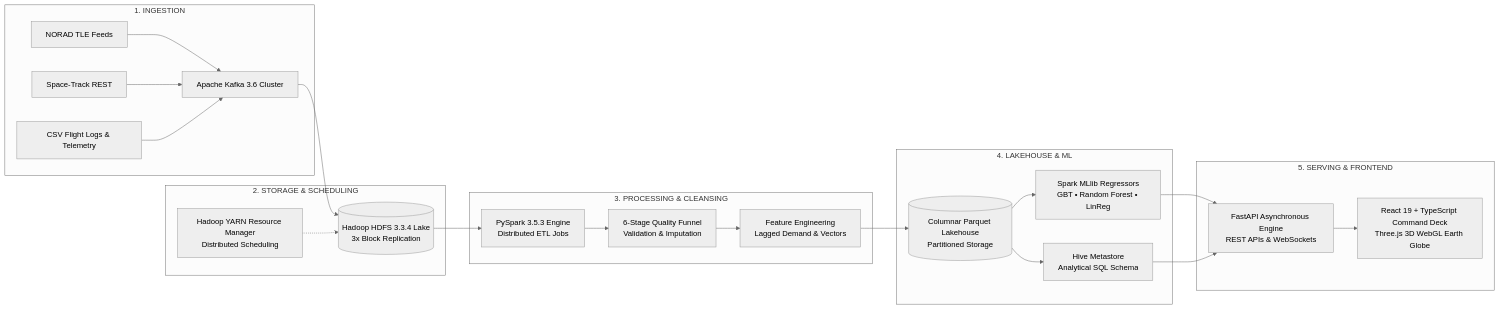
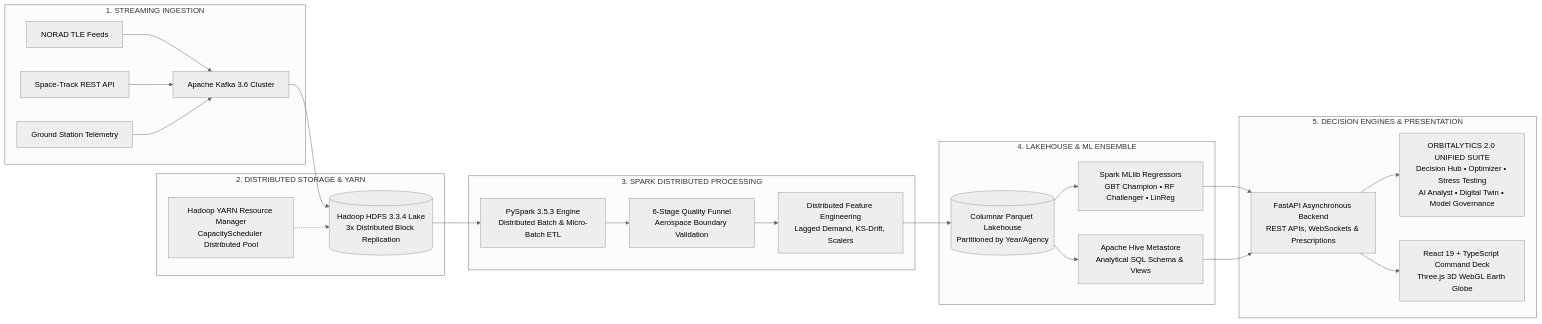
The diagram in README.md (adarshmish9236-ship-it/Space-Research-Data-Analytics-A-Hadoop-Ecosystem-Approach-to-Demand-Forecasting), drawn with Mermaid (neutral theme) before and after one commit. The commit also changed other lines of this file, not shown here.

Commit message:
docs: update comprehensive README with project title, architecture, and 2.0 Unified Suite

````diff
--- a/README.md
+++ b/README.md
@@ -21,31 +27,32 @@
 ```mermaid
 graph LR
-    subgraph S1["1. INGESTION"]
+    subgraph S1["1. STREAMING INGESTION"]
         A1[NORAD TLE Feeds] --> K[Apache Kafka 3.6 Cluster]
-        A2[Space-Track REST] --> K
-        A3[CSV Flight Logs & Telemetry] --> K
+        A2[Space-Track REST API] --> K
+        A3[Ground Station Telemetry] --> K
     end
 
-    subgraph S2["2. STORAGE & SCHEDULING"]
-        K --> HDFS[(Hadoop HDFS 3.3.4 Lake<br/>3x Block Replication)]
-        YARN[Hadoop YARN Resource Manager<br/>Distributed Scheduling] -.-> HDFS
+    subgraph S2["2. DISTRIBUTED STORAGE & YARN"]
+        K --> HDFS[(Hadoop HDFS 3.3.4 Lake<br/>3x Distributed Block Replication)]
+        YARN[Hadoop YARN Resource Manager<br/>CapacityScheduler Distributed Pool] -.-> HDFS
     end
 
-    subgraph S3["3. PROCESSING & CLEANSING"]
-        HDFS --> SPARK[PySpark 3.5.3 Engine<br/>Distributed ETL Jobs]
-        SPARK --> CLEAN[6-Stage Quality Funnel<br/>Validation & Imputation]
-        CLEAN --> FE[Feature Engineering<br/>Lagged Demand & Vectors]
+    subgraph S3["3. SPARK DISTRIBUTED PROCESSING"]
+        HDFS --> SPARK[PySpark 3.5.3 Engine<br/>Distributed Batch & Micro-Batch ETL]
+        SPARK --> CLEAN[6-Stage Quality Funnel<br/>Aerospace Boundary Validation]
+        CLEAN --> FE[Distributed Feature Engineering<br/>Lagged Demand, KS-Drift, Scalers]
     end
 
-    subgraph S4["4. LAKEHOUSE & ML"]
-        FE --> LAKE[(Columnar Parquet Lakehouse<br/>Partitioned Storage)]
-        LAKE --> MLLIB[Spark MLlib Regressors<br/>GBT • Random Forest • LinReg]
-        LAKE --> HIVE[Hive Metastore<br/>Analytical SQL Schema]
+    subgraph S4["4. LAKEHOUSE & ML ENSEMBLE"]
+        FE --> LAKE[(Columnar Parquet Lakehouse<br/>Partitioned by Year/Agency)]
+        LAKE --> MLLIB[Spark MLlib Regressors<br/>GBT Champion • RF Challenger • LinReg]
+        LAKE --> HIVE[Apache Hive Metastore<br/>Analytical SQL Schema & Views]
     end
 
-    subgraph S5["5. SERVING & FRONTEND"]
-        MLLIB --> API[FastAPI Asynchronous Engine<br/>REST APIs & WebSockets]
+    subgraph S5["5. DECISION ENGINES & PRESENTATION"]
+        MLLIB --> API[FastAPI Asynchronous Backend<br/>REST APIs, WebSockets & Prescriptions]
         HIVE --> API
+        API --> SUITE[ORBITALYTICS 2.0 UNIFIED SUITE<br/>Decision Hub • Optimizer • Stress Testing<br/>AI Analyst • Digital Twin • Model Governance]
         API --> UI[React 19 + TypeScript Command Deck<br/>Three.js 3D WebGL Earth Globe]
     end
 ```
````
